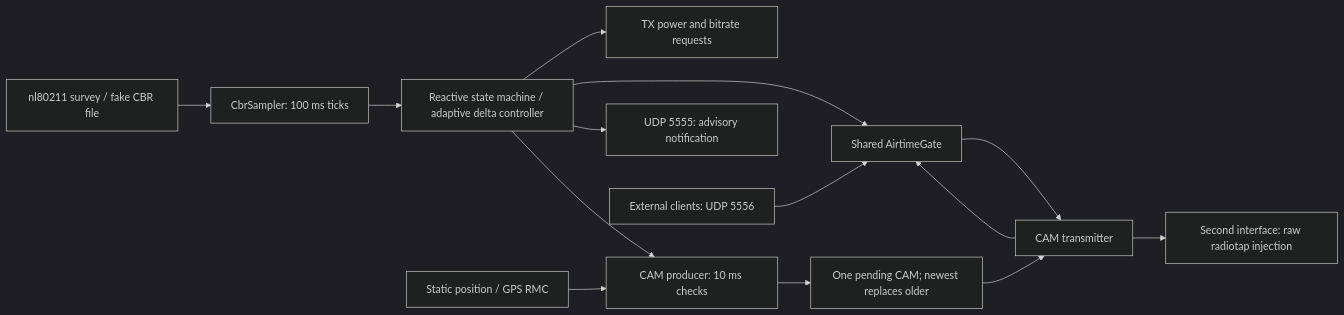
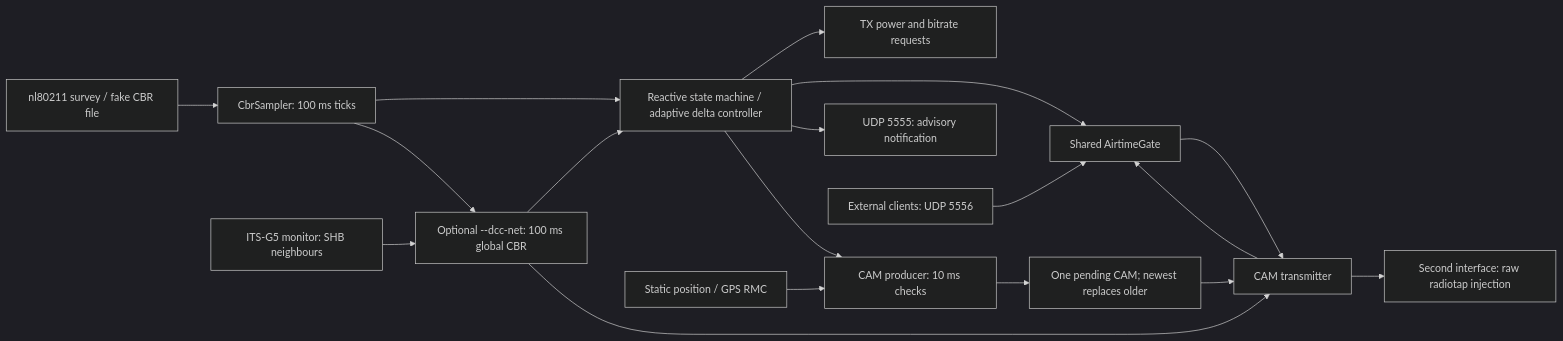
Before and after one commit to netlab-dief/DCC: the diagram in CODEBASE_ANALYSIS.md, drawn with Mermaid (dark theme). The commit also changed other lines of this file and 24 other files, not shown here.

Commit message:
DCC_NET implemented

````diff
--- a/CODEBASE_ANALYSIS.md
+++ b/CODEBASE_ANALYSIS.md
@@ -9,16 +9,20 @@
 ```mermaid
 flowchart LR
     Survey["nl80211 survey / fake CBR file"] --> Sampler["CbrSampler: 100 ms ticks"]
     Sampler --> Controller["Reactive state machine / adaptive delta controller"]
+    Sampler --> NET["Optional --dcc-net: 100 ms global CBR"]
+    RX["ITS-G5 monitor: SHB neighbours"] --> NET
+    NET --> Controller
+    NET --> TX
     Controller --> RadioSettings["TX power and bitrate requests"]
     Controller --> Gate["Shared AirtimeGate"]
     Controller --> Advisory["UDP 5555: advisory notification"]
     Controller --> Generation["CAM producer: 10 ms checks"]
     Source["Static position / GPS RMC"] --> Generation
     Generation --> Latest["One pending CAM; newest replaces older"]
     Latest --> TX["CAM transmitter"]
     Gate --> TX
     External["External clients: UDP 5556"] --> Gate
     TX --> Radio["Second interface: raw radiotap injection"]
     TX --> Gate
 ```
````
